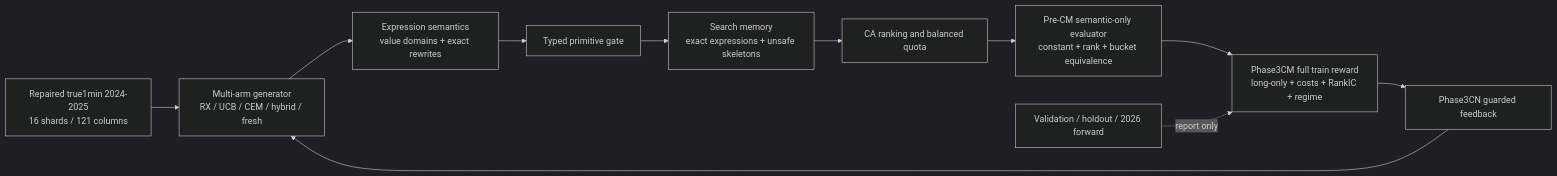
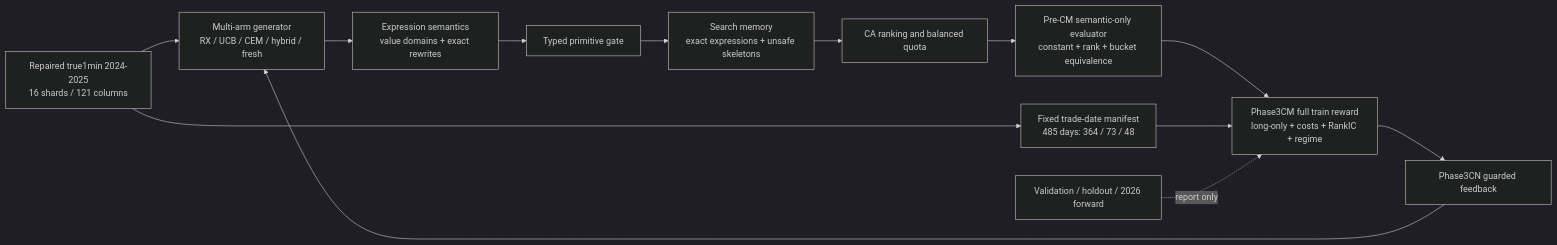
Before and after one commit to weisssschnee/alpha-pit-engine-v2: the diagram in .planning/graphs/CURRENT_ARCHITECTURE.md, drawn with Mermaid (dark theme). The commit also changed other lines of this file and 20 other files, not shown here.

````diff
--- a/.planning/graphs/CURRENT_ARCHITECTURE.md
+++ b/.planning/graphs/CURRENT_ARCHITECTURE.md
@@ -8,13 +8,15 @@
 ```mermaid
 flowchart LR
     D["Repaired true1min 2024-2025\n16 shards / 121 columns"] --> G["Multi-arm generator\nRX / UCB / CEM / hybrid / fresh"]
+    D --> C["Fixed trade-date manifest\n485 days: 364 / 73 / 48"]
     G --> S["Expression semantics\nvalue domains + exact rewrites"]
     S --> T["Typed primitive gate"]
     T --> M["Search memory\nexact expressions + unsafe skeletons"]
     M --> CA["CA ranking and balanced quota"]
     CA --> V["Pre-CM semantic-only evaluator\nconstant + rank + bucket equivalence"]
     V --> CM["Phase3CM full train reward\nlong-only + costs + RankIC + regime"]
+    C --> CM
     CM --> CN["Phase3CN guarded feedback"]
     CN --> G
     OOS["Validation / holdout / 2026 forward"] -. "report only" .-> CM
 ```
````
